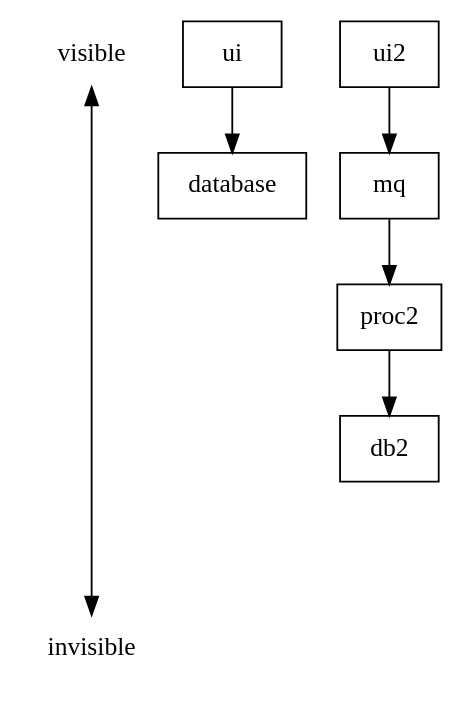
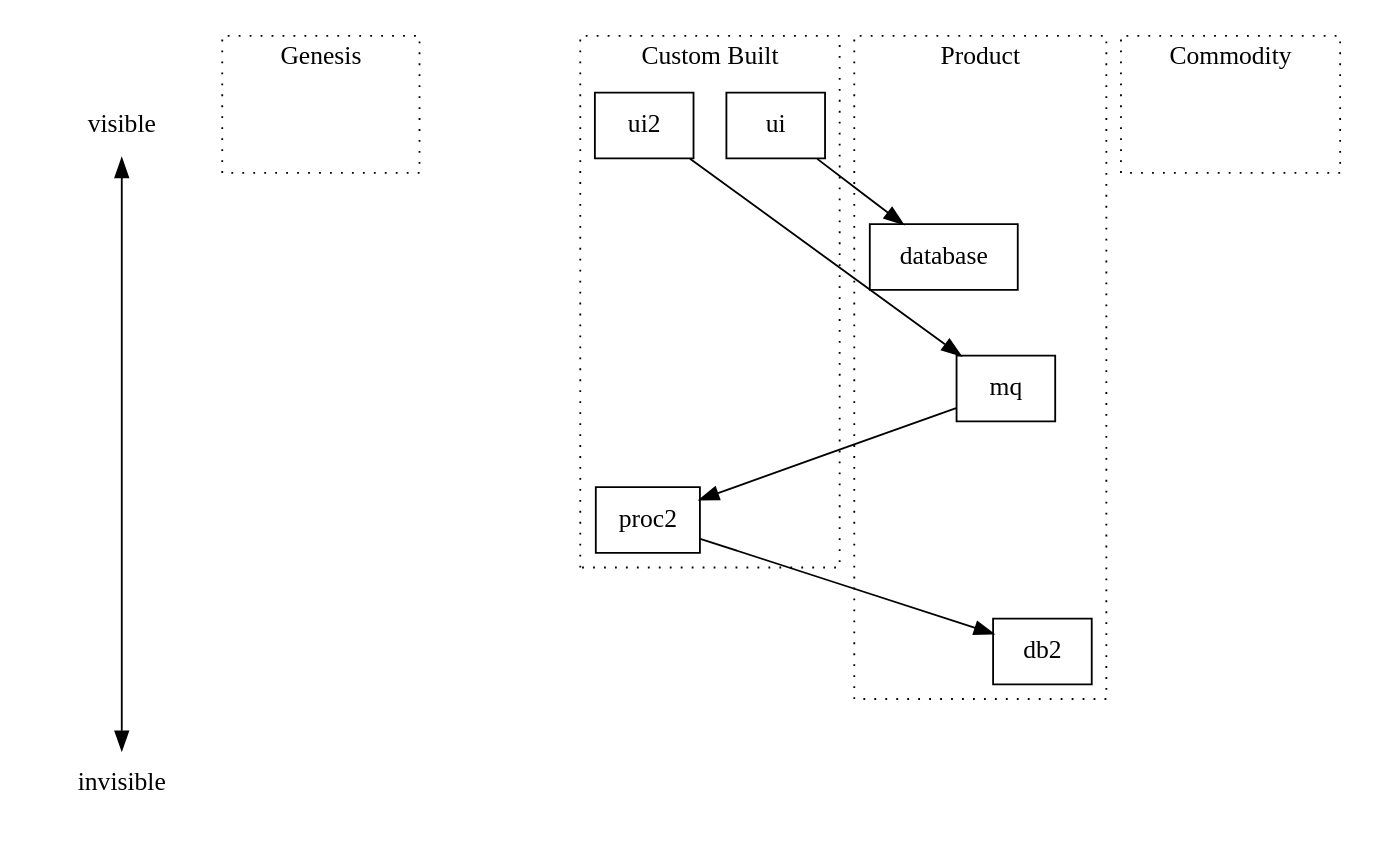
The diagram in wardley-maps/wardley-map.dot (chriseyre2000/diagrams), drawn with Graphviz before and after one commit. The commit also changed 6 other files, not shown here.

```diff
--- a/wardley-maps/wardley-map.dot
+++ b/wardley-maps/wardley-map.dot
@@ -1,28 +1,66 @@
 digraph wardleyMap {
   rankdir=TB;
-
+  splines=false;
 
   node[shape=none]
   visible
   invisible
 
   node[shape=box]
+  something[style = invis]
+  custom[style = invis]
   ui
+  ui2
   database
-  ui2
   mq
   proc2
   db2
+  aproduct[style = invis]
+  acommodity[style = invis]
+  
 
-
-  subgraph axis {
+  subgraph cluster_axis {
     visible -> invisible[dir=both,minlen=5];
+    graph[style=invis]
   }
 
-  subgraph value {
-    ui -> database;
-    ui2 -> mq -> proc2 -> db2;
+  subgraph cluster_genesis {
+    label="Genesis";
+    graph[style=dotted];
+    something
   }
 
+  subgraph cluster_custom {
+    label="Custom Built";
+    graph[style=dotted];
+    
+    subgraph a {
+      ui
+    }
 
+    subgraph b {
+      ui2 -> proc2[style=invis,minlen=3]
+    }
+    
+    
+  }
+
+  subgraph cluster_product {
+    label="Product";
+    graph[style=dotted];
+    aproduct -> database[style=invis];
+    aproduct -> mq[style=invis,minlen=2];
+    aproduct -> db2[style=invis,minlen=4];
+  }
+
+  subgraph cluster_commodity {
+    label="Commodity";
+    graph[style=dotted];
+    acommodity
+  }
+
+  ui -> database[constraint=false];
+  ui2 -> mq[constraint=false];
+  mq -> proc2[constraint=false];
+  proc2 -> db2[constraint=false]; 
 }
```
